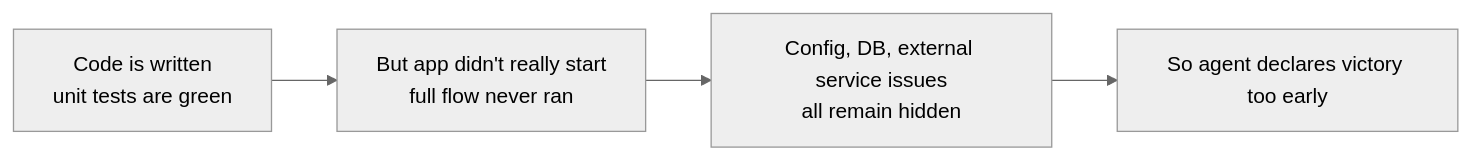
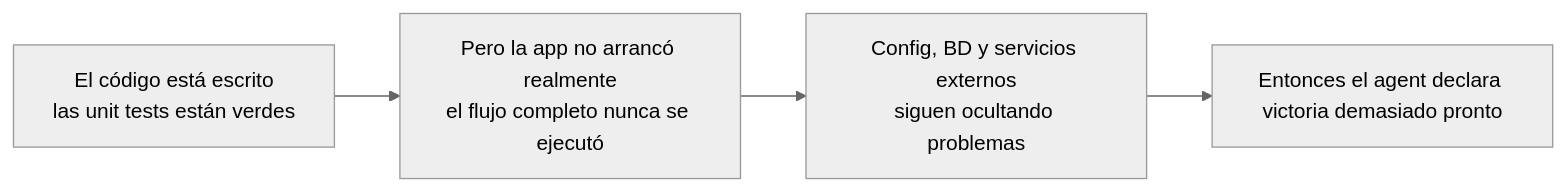
Before and after one commit to jordipiella/learn-harness-engineering: the second of 2 diagrams in docs/es/lectures/lecture-09-why-agents-declare-victory-too-early/index.md, drawn with Mermaid (neutral theme). The commit also changed other lines of this file and 108 other files, not shown here.

````diff
--- a/docs/es/lectures/lecture-09-why-agents-declare-victory-too-early/index.md
+++ b/docs/es/lectures/lecture-09-why-agents-declare-victory-too-early/index.md
@@ -30,6 +30,6 @@
 ```mermaid
 flowchart LR
-    A["Code is written<br/>unit tests are green"] --> B["But app didn't really start<br/>full flow never ran"]
-    B --> C["Config, DB, external service issues<br/>all remain hidden"]
-    C --> D["So agent declares victory too early"]
+    A["El código está escrito<br/>las unit tests están verdes"] --> B["Pero la app no arrancó realmente<br/>el flujo completo nunca se ejecutó"]
+    B --> C["Config, BD y servicios externos<br/>siguen ocultando problemas"]
+    C --> D["Entonces el agent declara victoria demasiado pronto"]
 ```
````
